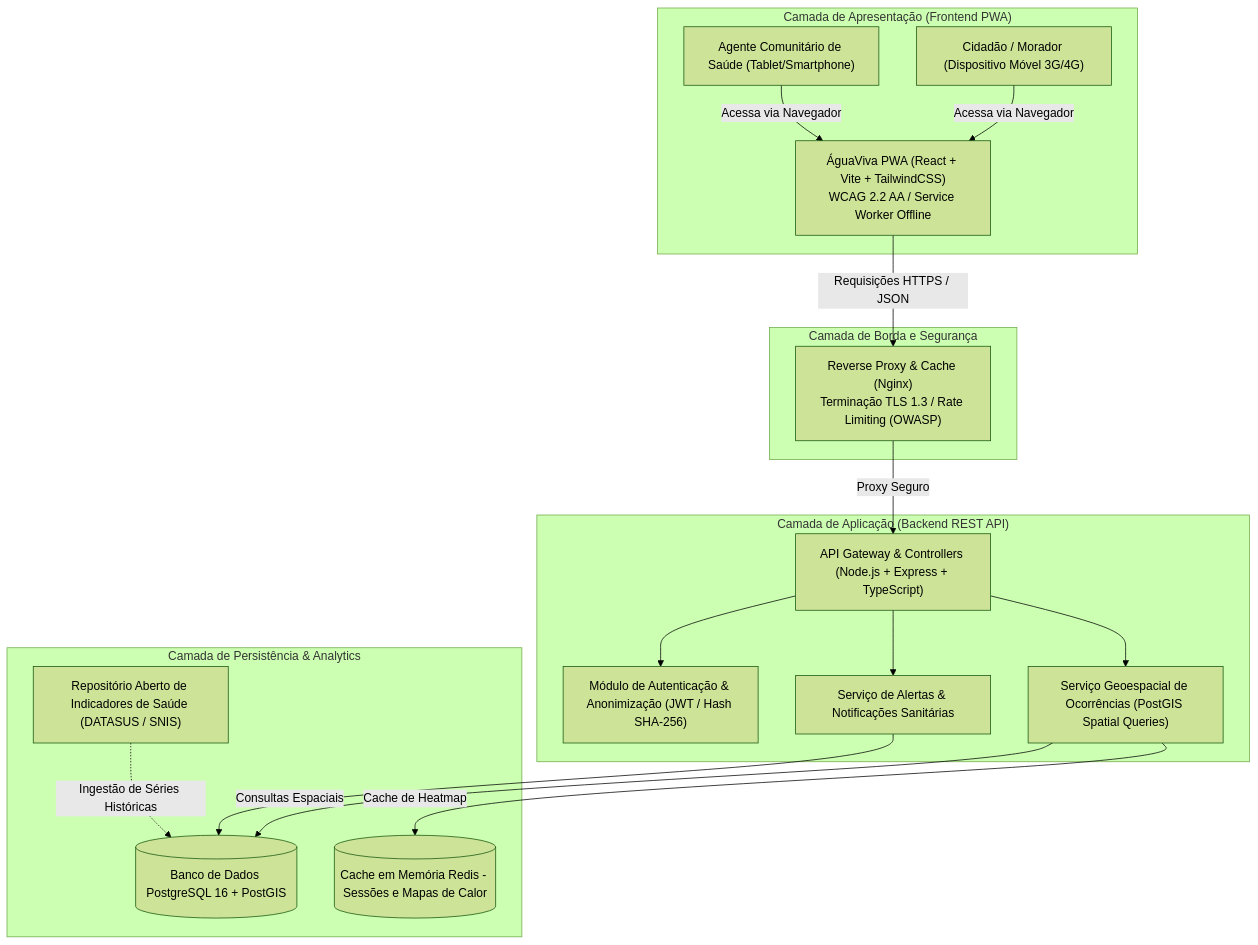
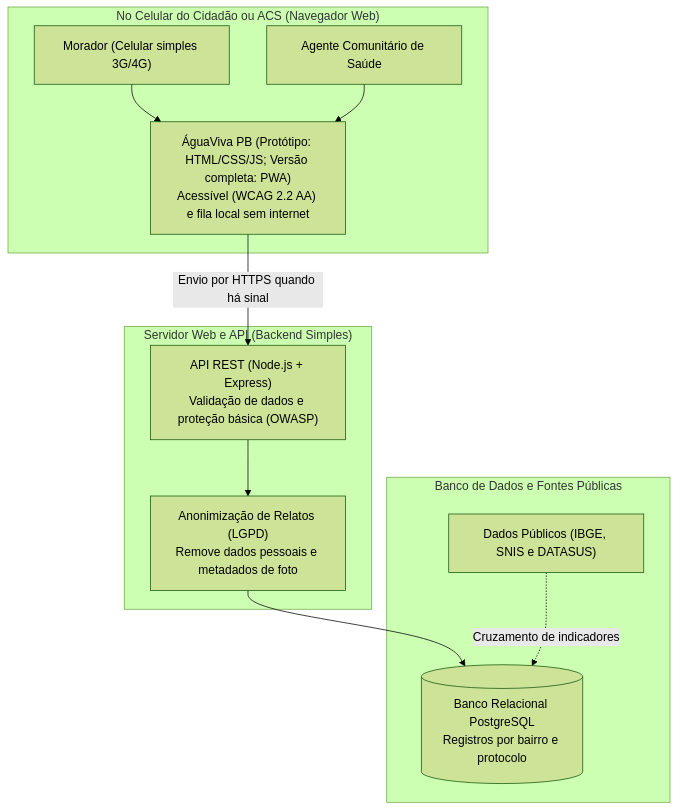
The diagram in 05_solucao/diagramas/arquitetura.md (iGabrielCampos/Projeto_Integrador), drawn with Mermaid (forest theme) before and after one commit. The commit also changed other lines of this file and 47 other files, not shown here.

````diff
--- a/05_solucao/diagramas/arquitetura.md
+++ b/05_solucao/diagramas/arquitetura.md
@@ -21,37 +19,25 @@
 ```mermaid
 graph TD
-    subgraph CLIENTE["Camada de Apresentação (Frontend PWA)"]
-        USR["Cidadão / Morador (Dispositivo Móvel 3G/4G)"]
-        ACS["Agente Comunitário de Saúde (Tablet/Smartphone)"]
-        PWA["ÁguaViva PWA (React + Vite + TailwindCSS)<br>WCAG 2.2 AA / Service Worker Offline"]
+    subgraph CLIENTE["No Celular do Cidadão ou ACS (Navegador Web)"]
+        USR["Morador (Celular simples 3G/4G)"]
+        ACS["Agente Comunitário de Saúde"]
+        PWA["ÁguaViva PB (Protótipo: HTML/CSS/JS; Versão completa: PWA)<br>Acessível (WCAG 2.2 AA) e fila local sem internet"]
     end
 
-    subgraph BORDA["Camada de Borda e Segurança"]
-        NGX["Reverse Proxy & Cache (Nginx)<br>Terminação TLS 1.3 / Rate Limiting (OWASP)"]
+    subgraph SERVIDOR["Servidor Web e API (Backend Simples)"]
+        API["API REST (Node.js + Express)<br>Validação de dados e proteção básica (OWASP)"]
+        ANON["Anonimização de Relatos (LGPD)<br>Remove dados pessoais e metadados de foto"]
     end
 
-    subgraph BACKEND["Camada de Aplicação (Backend REST API)"]
-        API["API Gateway & Controllers (Node.js + Express + TypeScript)"]
-        AUTH["Módulo de Autenticação & Anonimização (JWT / Hash SHA-256)"]
-        GEO["Serviço Geoespacial de Ocorrências (PostGIS Spatial Queries)"]
-        ALERT["Serviço de Alertas & Notificações Sanitárias"]
+    subgraph DADOS["Banco de Dados e Fontes Públicas"]
+        DB[(Banco Relacional PostgreSQL<br>Registros por bairro e protocolo)]
+        DATA_OPEN["Dados Públicos (IBGE, SNIS e DATASUS)"]
     end
 
-    subgraph DADOS["Camada de Persistência & Analytics"]
-        DB[(Banco de Dados PostgreSQL 16 + PostGIS)]
-        CACHE[(Cache em Memória Redis - Sessões e Mapas de Calor)]
-        DATA_OPEN["Repositório Aberto de Indicadores de Saúde (DATASUS / SNIS)"]
-    end
-
-    USR -->|Acessa via Navegador| PWA
-    ACS -->|Acessa via Navegador| PWA
-    PWA -->|Requisições HTTPS / JSON| NGX
-    NGX -->|Proxy Seguro| API
-    API --> AUTH
-    API --> GEO
-    API --> ALERT
-    GEO -->|Consultas Espaciais| DB
-    GEO -->|Cache de Heatmap| CACHE
-    ALERT --> DB
-    DATA_OPEN -.->|Ingestão de Séries Históricas| DB
+    USR --> PWA
+    ACS --> PWA
+    PWA -->|Envio por HTTPS quando há sinal| API
+    API --> ANON
+    ANON --> DB
+    DATA_OPEN -.->|Cruzamento de indicadores| DB
 ```
````
